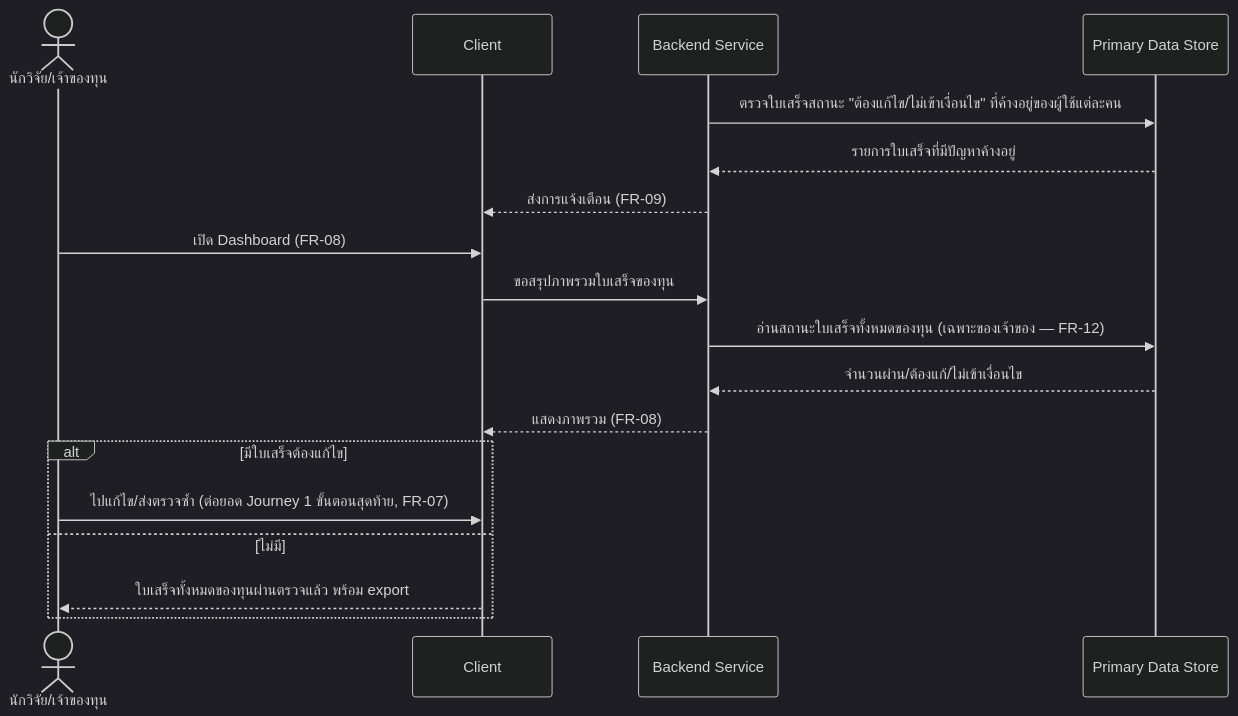
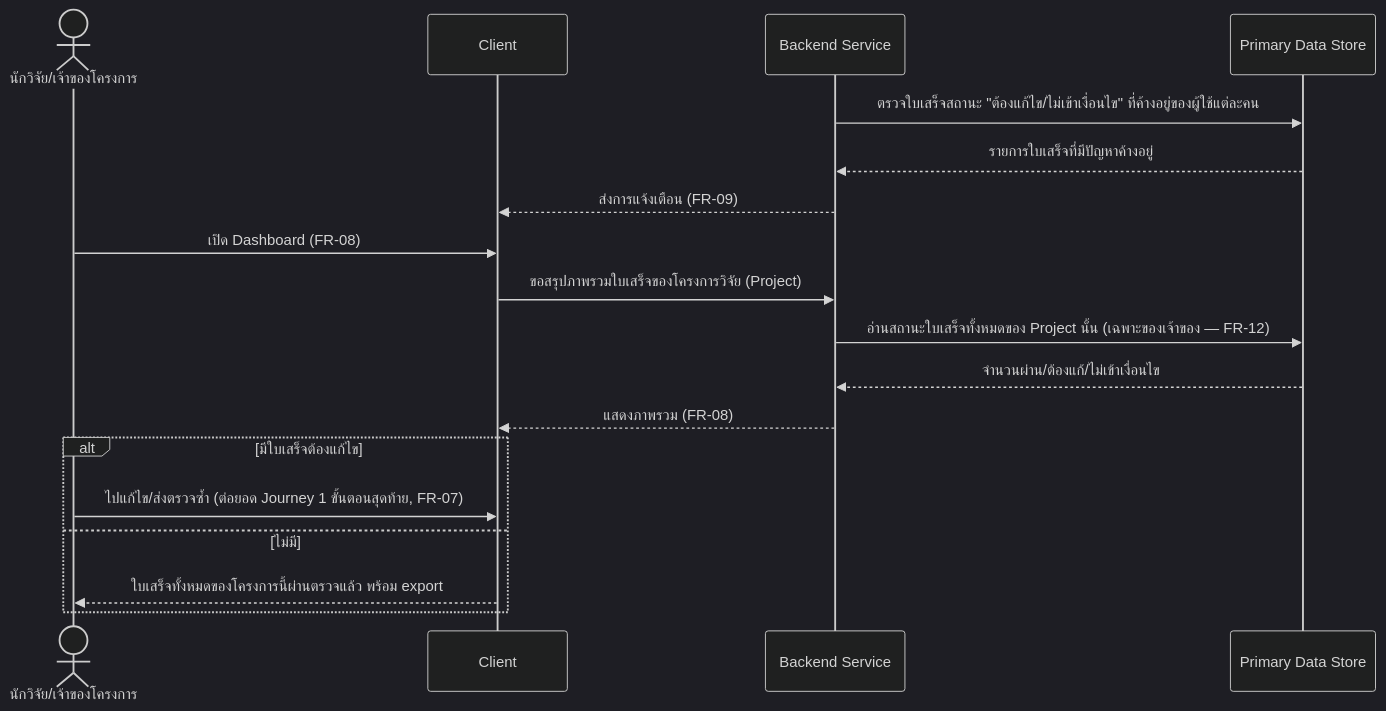
One commit to ptrsswnr/Grant-Receipt-Assistant changed the third of 7 diagrams in docs/02-design/02-technical/architecture.md. Above: the diagram before and after it, drawn with Mermaid (dark theme). The commit also changed other lines of this file and 18 other files, not shown here.

````diff
--- a/docs/02-design/02-technical/architecture.md
+++ b/docs/02-design/02-technical/architecture.md
@@ -164,21 +199,21 @@
 ```mermaid
 sequenceDiagram
-    actor R as นักวิจัย/เจ้าของทุน
+    actor R as นักวิจัย/เจ้าของโครงการ
     participant C as Client
     participant B as Backend Service
     participant DS as Primary Data Store
 
     B->>DS: ตรวจใบเสร็จสถานะ "ต้องแก้ไข/ไม่เข้าเงื่อนไข" ที่ค้างอยู่ของผู้ใช้แต่ละคน
     DS-->>B: รายการใบเสร็จที่มีปัญหาค้างอยู่
     B-->>C: ส่งการแจ้งเตือน (FR-09)
     R->>C: เปิด Dashboard (FR-08)
-    C->>B: ขอสรุปภาพรวมใบเสร็จของทุน
-    B->>DS: อ่านสถานะใบเสร็จทั้งหมดของทุน (เฉพาะของเจ้าของ — FR-12)
+    C->>B: ขอสรุปภาพรวมใบเสร็จของโครงการวิจัย (Project)
+    B->>DS: อ่านสถานะใบเสร็จทั้งหมดของ Project นั้น (เฉพาะของเจ้าของ — FR-12)
     DS-->>B: จำนวนผ่าน/ต้องแก้/ไม่เข้าเงื่อนไข
     B-->>C: แสดงภาพรวม (FR-08)
     alt มีใบเสร็จต้องแก้ไข
         R->>C: ไปแก้ไข/ส่งตรวจซ้ำ (ต่อยอด Journey 1 ขั้นตอนสุดท้าย, FR-07)
     else ไม่มี
-        C-->>R: ใบเสร็จทั้งหมดของทุนผ่านตรวจแล้ว พร้อม export
+        C-->>R: ใบเสร็จทั้งหมดของโครงการนี้ผ่านตรวจแล้ว พร้อม export
     end
 ```
````
